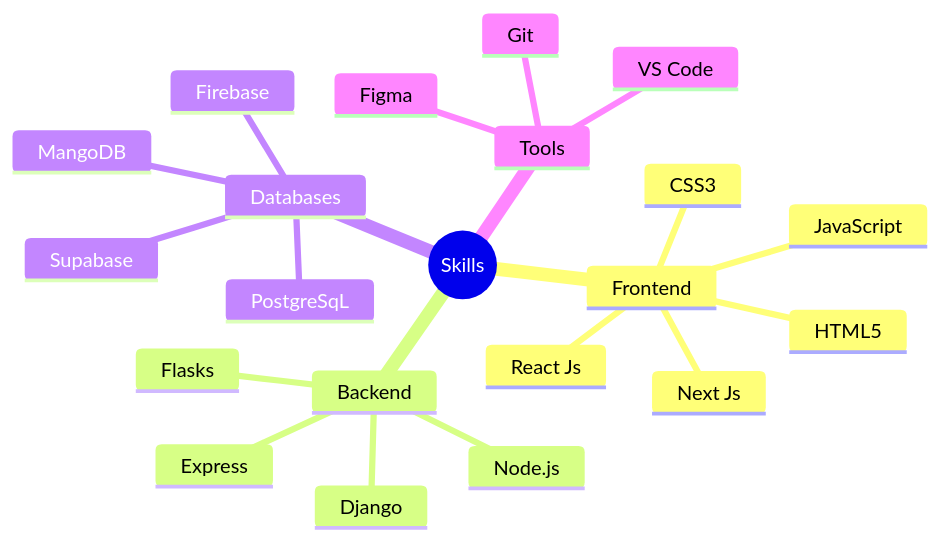
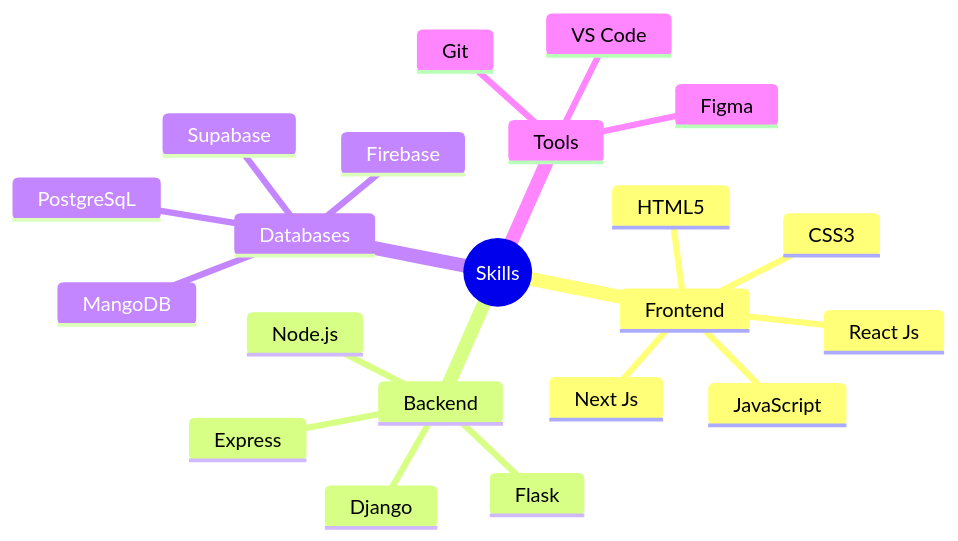
Before and after one commit to Justparthi/justparthi: the diagram in README.md, drawn with Mermaid.

````diff
--- a/README.md
+++ b/README.md
@@ -22,24 +22,24 @@
 ```mermaid
 mindmap
   root((Skills))
     Frontend
       HTML5
       CSS3
       JavaScript
       Next Js
       React Js
     Backend
       Node.js
       Express
       Django
-      Flasks
+      Flask
     Databases
       PostgreSqL
       Firebase
       Supabase
       MangoDB
     Tools
       Git
       VS Code
       Figma
 ```
````
